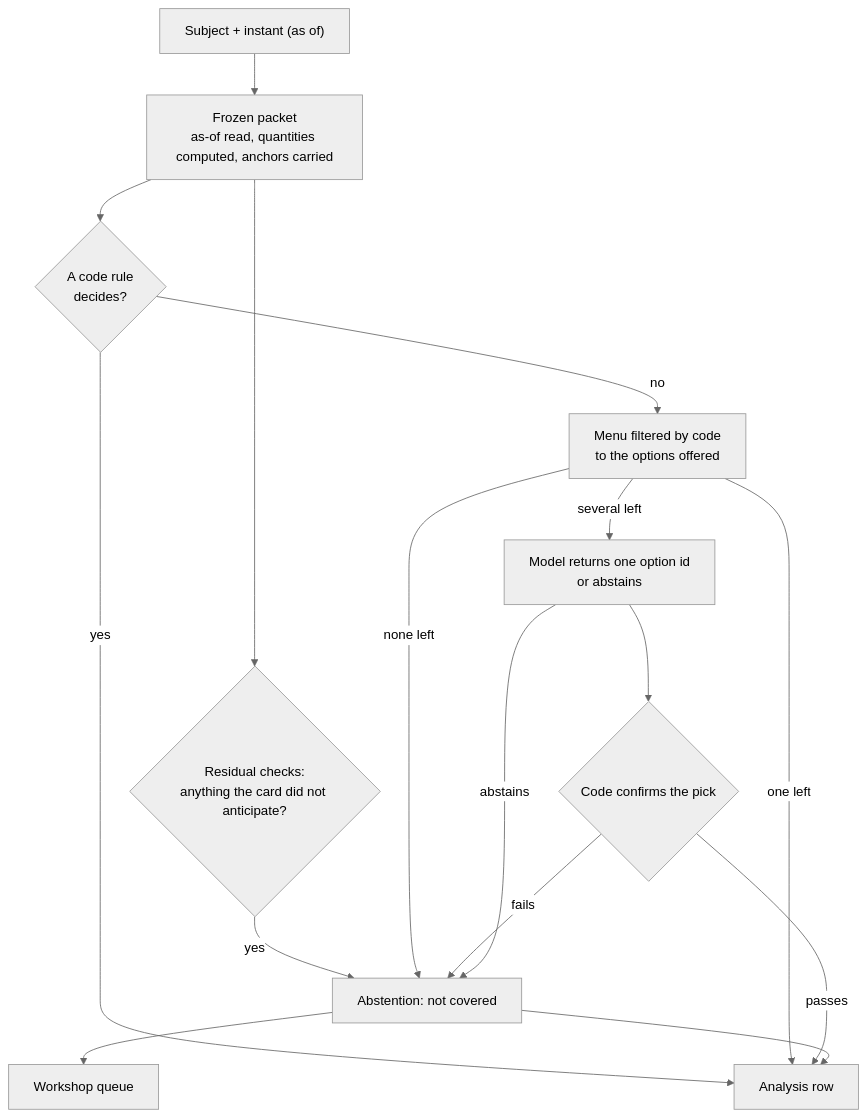
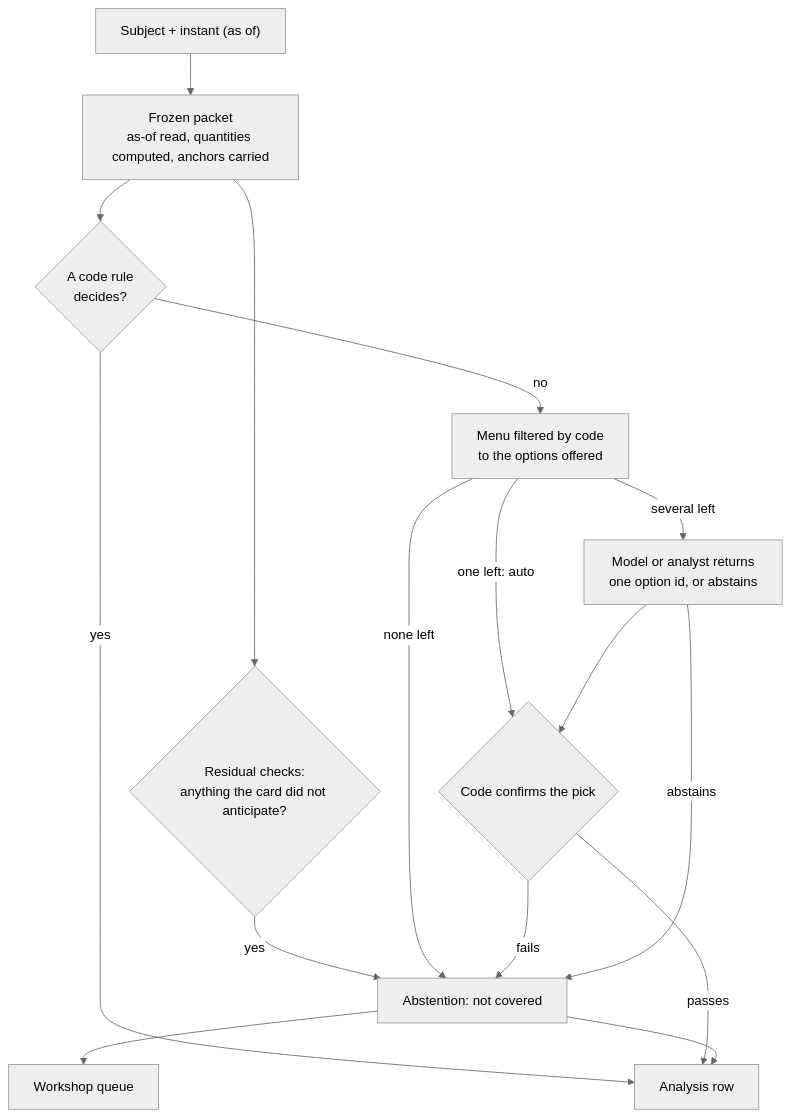
One commit to Sami-Andaloussi/atlas-research changed the diagram in blueprint/L4-analysis.md. Above: the diagram before and after it, drawn with Mermaid (neutral theme). The commit also changed other lines of this file and 6 other files, not shown here.

````diff
--- a/blueprint/L4-analysis.md
+++ b/blueprint/L4-analysis.md
@@ -26,18 +26,18 @@
 ```mermaid
 flowchart TD
     in["Subject + instant (as of)"] --> p["Frozen packet<br/>as-of read, quantities computed, anchors carried"]
     p --> res{"Residual checks:<br/>anything the card did not anticipate?"}
     res -->|yes| ab
     p --> r{"A code rule<br/>decides?"}
     r -->|yes| row["Analysis row"]
     r -->|no| m["Menu filtered by code<br/>to the options offered"]
     m -->|none left| ab["Abstention: not covered"]
-    m -->|one left| row
-    m -->|several left| c["Model returns one option id<br/>or abstains"]
+    m -->|one left: auto| k
+    m -->|several left| c["Model or analyst returns<br/>one option id, or abstains"]
     c --> k{"Code confirms the pick"}
     k -->|passes| row
     k -->|fails| ab
     c -->|abstains| ab
     ab --> q["Workshop queue"]
     ab --> row
 ```
````
